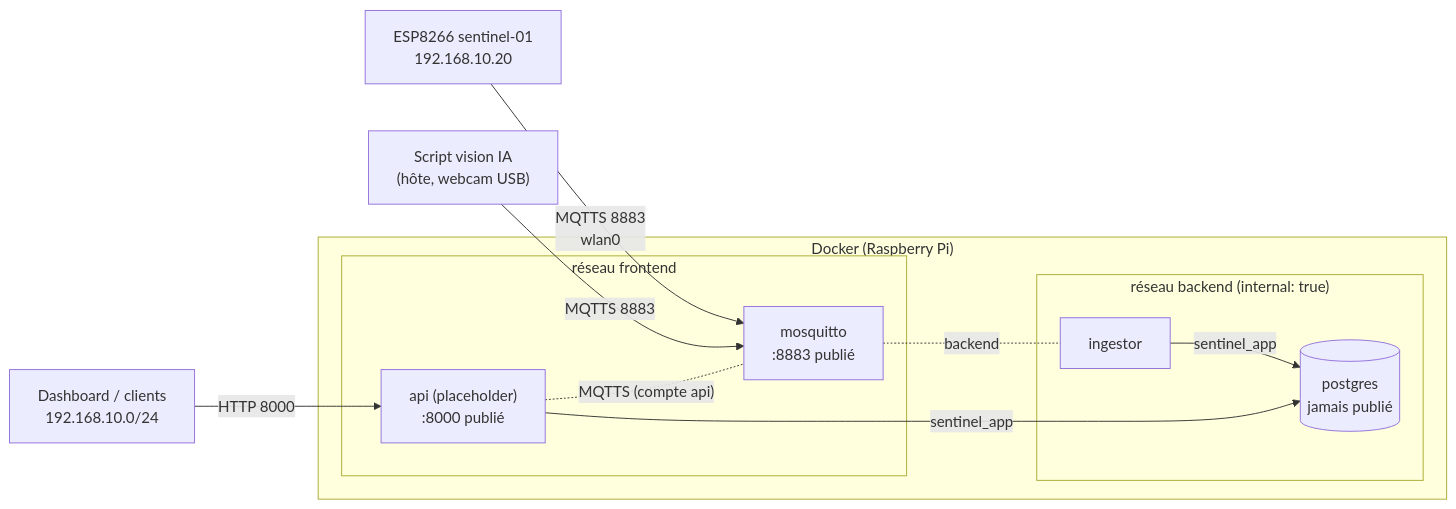
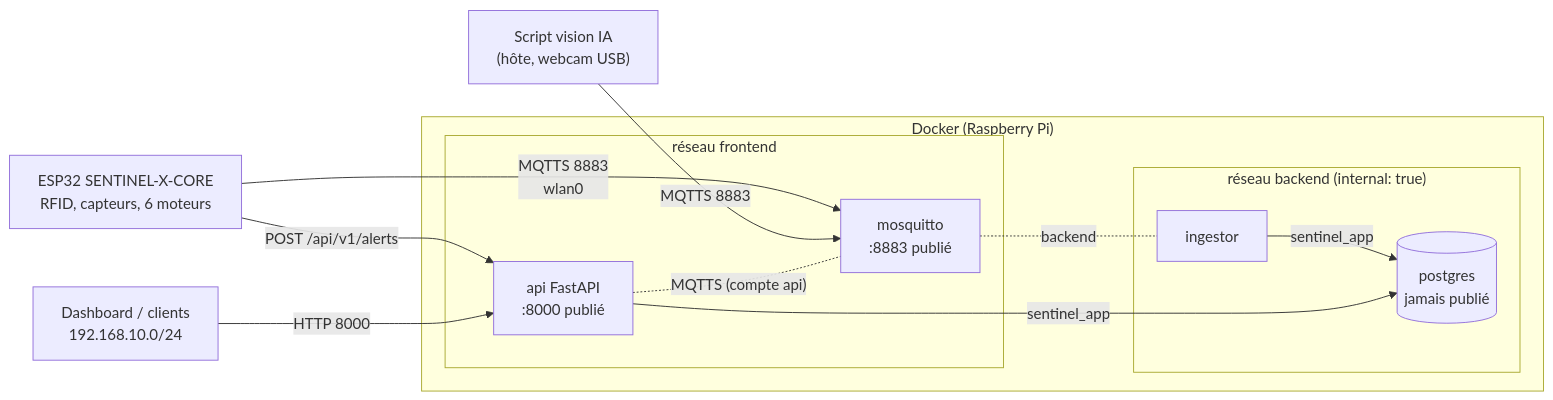
The diagram in README.md (Sinndd/WORKSHOP-SENTINEL-X), drawn with Mermaid before and after one commit. The commit also changed other lines of this file and 3 other files, not shown here.

````diff
--- a/README.md
+++ b/README.md
@@ -47,20 +51,21 @@
 ```mermaid
 flowchart LR
-  ESP["ESP8266 sentinel-01<br/>192.168.10.20"] -- "MQTTS 8883<br/>wlan0" --> MQ
+  ESP["ESP32 SENTINEL-X-CORE<br/>RFID, capteurs, 6 moteurs"] -- "MQTTS 8883<br/>wlan0" --> MQ
+  ESP -- "POST /api/v1/alerts" --> API
   IA["Script vision IA<br/>(hôte, webcam USB)"] -- "MQTTS 8883" --> MQ
   DASH["Dashboard / clients<br/>192.168.10.0/24"] -- "HTTP 8000" --> API
   subgraph Docker["Docker (Raspberry Pi)"]
     subgraph FE["réseau frontend"]
       MQ["mosquitto<br/>:8883 publié"]
-      API["api (placeholder)<br/>:8000 publié"]
+      API["api FastAPI<br/>:8000 publié"]
     end
     subgraph BE["réseau backend (internal: true)"]
       ING["ingestor"]
       PG[("postgres<br/>jamais publié")]
     end
     MQ -. backend .- ING
     ING -- "sentinel_app" --> PG
     API -- "sentinel_app" --> PG
     API -. "MQTTS (compte api)" .- MQ
   end
 ```
````
